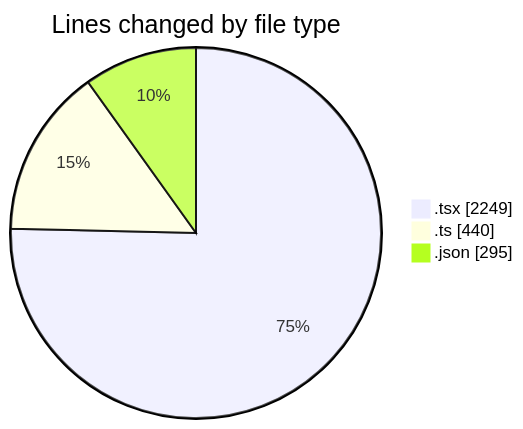
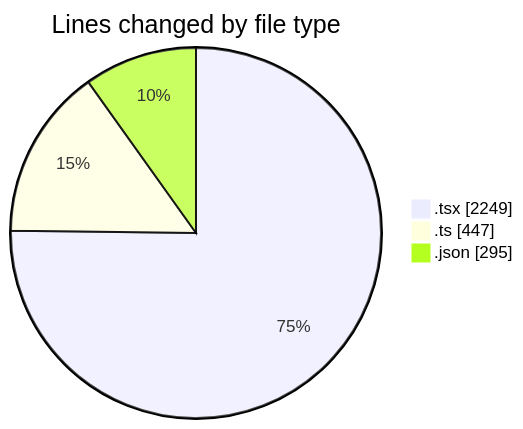
One commit to julien-gomy/code-tracking changed the first of 2 diagrams in 2025-10-09/eventscop-frontend-guide__workspace_/README.md. Above: the diagram before and after it, drawn with Mermaid. The commit also changed other lines of this file and 1 other file, not shown here.

````diff
--- a/2025-10-09/eventscop-frontend-guide__workspace_/README.md
+++ b/2025-10-09/eventscop-frontend-guide__workspace_/README.md
@@ -34,7 +34,7 @@
 ```mermaid
 pie showData
 title Lines changed by file type
 ".tsx" : 2249
-".ts" : 440
+".ts" : 447
 ".json" : 295
 ```
````
